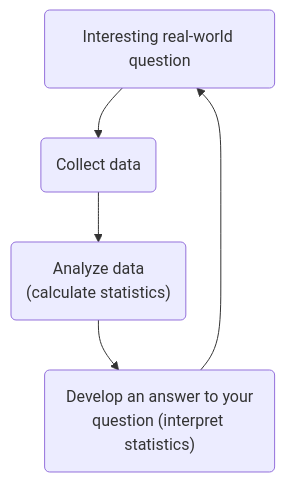
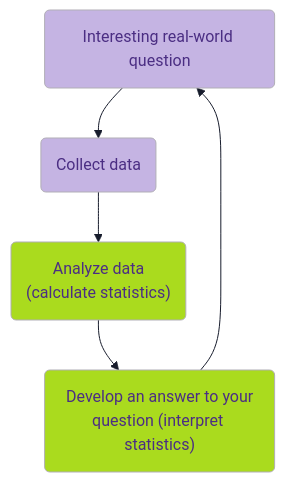
One commit to vsass/SOC221 changed the third of 6 diagrams in Lectures/lecture1.qmd. Above: the diagram before and after it, drawn with Mermaid. The commit also changed other lines of this file and 26 other files, not shown here.

````diff
--- a/Lectures/lecture1.qmd
+++ b/Lectures/lecture1.qmd
@@ -212,6 +258,21 @@
 ```{mermaid}
 %%| echo: false
+%%| fig-height: 6
+%%| fig-width: 5
+%%| fig-align: left
+%%{
+  init: {
+    'theme': 'base',
+    'themeVariables': {
+      'background': '#e8e3d3',
+      'primaryColor': '#c5b4e3',
+      'primaryTextColor': '#4b2e83'
+    }
+  }
+}%%
 flowchart TB
-    id1(Interesting real-world question) --> id2(Collect data) --> id3("Analyze data\n(calculate statistics)") --> id4("Develop an answer to your\nquestion (interpret statistics)")
-    id4 --> id1
+      id1(Interesting real-world question) --> id2(Collect data) --> id3("Analyze data\n(calculate statistics)") --> id4("Develop an answer to your\nquestion (interpret statistics)")
+      id4 --> id1
+      style id3 fill:#aadb1e,color:#4b2e83
+      style id4 fill:#aadb1e,color:#4b2e83
 ```
````
